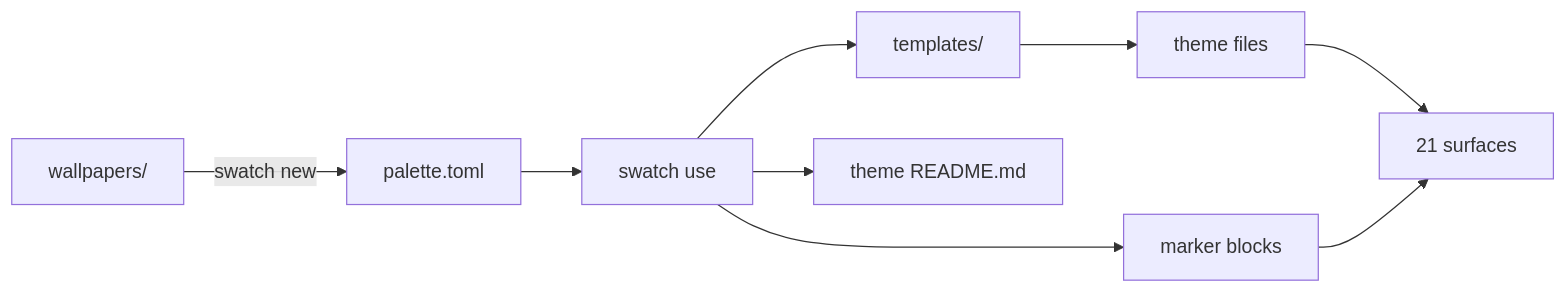
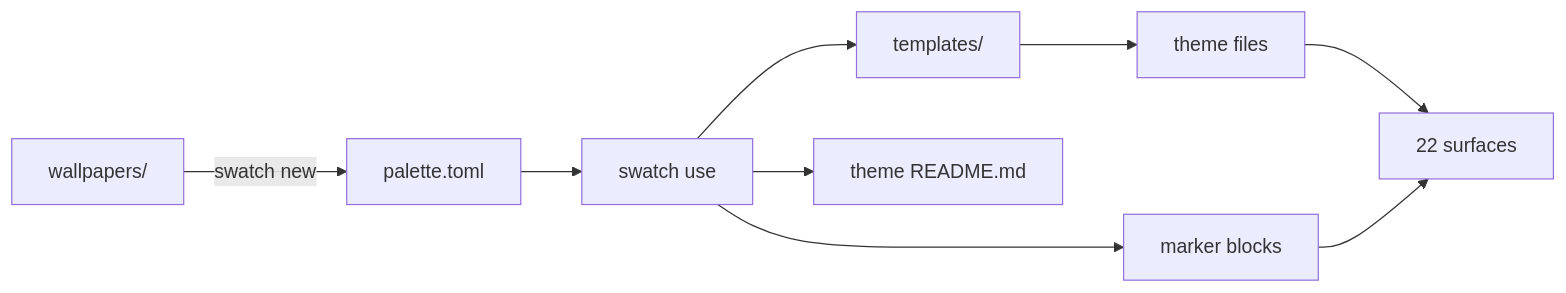
Before and after one commit to nitrimandylis/swatch: the diagram in README.md, drawn with Mermaid. The commit also changed other lines of this file and 2 other files, not shown here.

````diff
--- a/README.md
+++ b/README.md
@@ -202,11 +205,11 @@
 ```mermaid
 flowchart LR
     W[wallpapers/] -->|swatch new| P[palette.toml]
     P --> R[swatch use]
     R --> T[templates/]
     T --> F[theme files]
     R --> M[marker blocks]
-    F --> A[21 surfaces]
+    F --> A[22 surfaces]
     M --> A
     R --> D[theme README.md]
 ```
````
